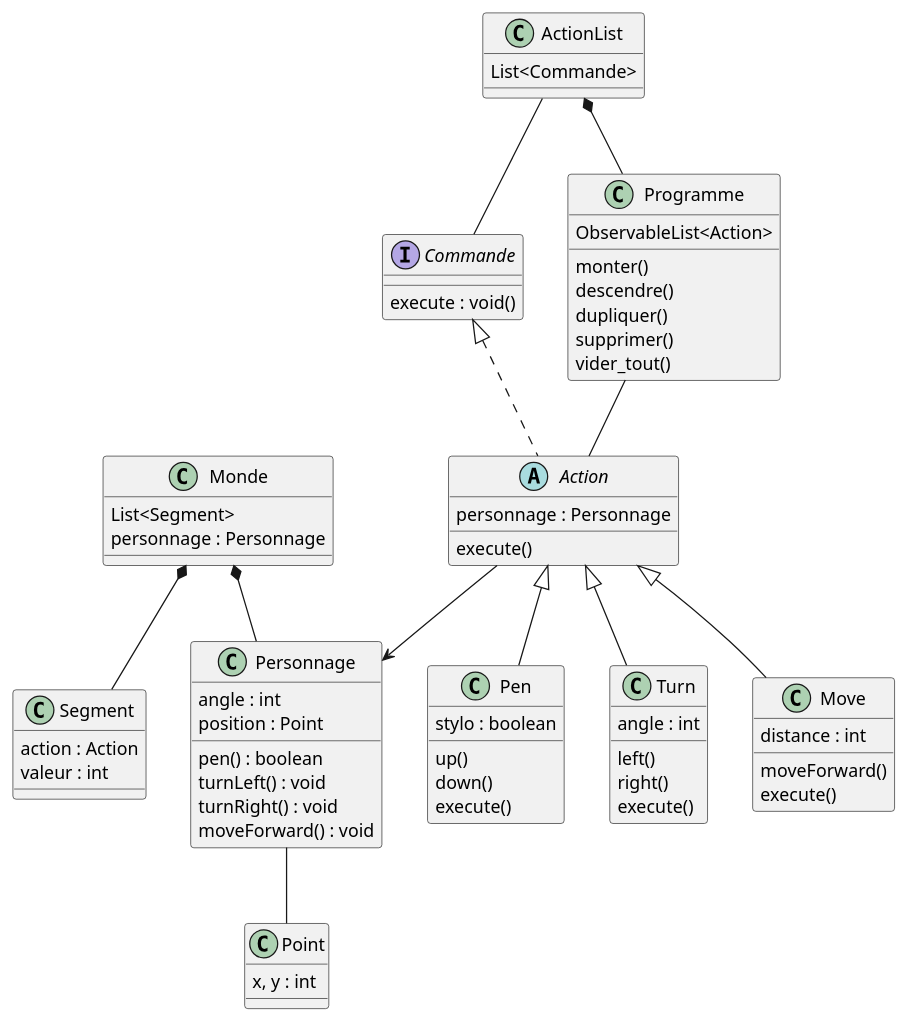
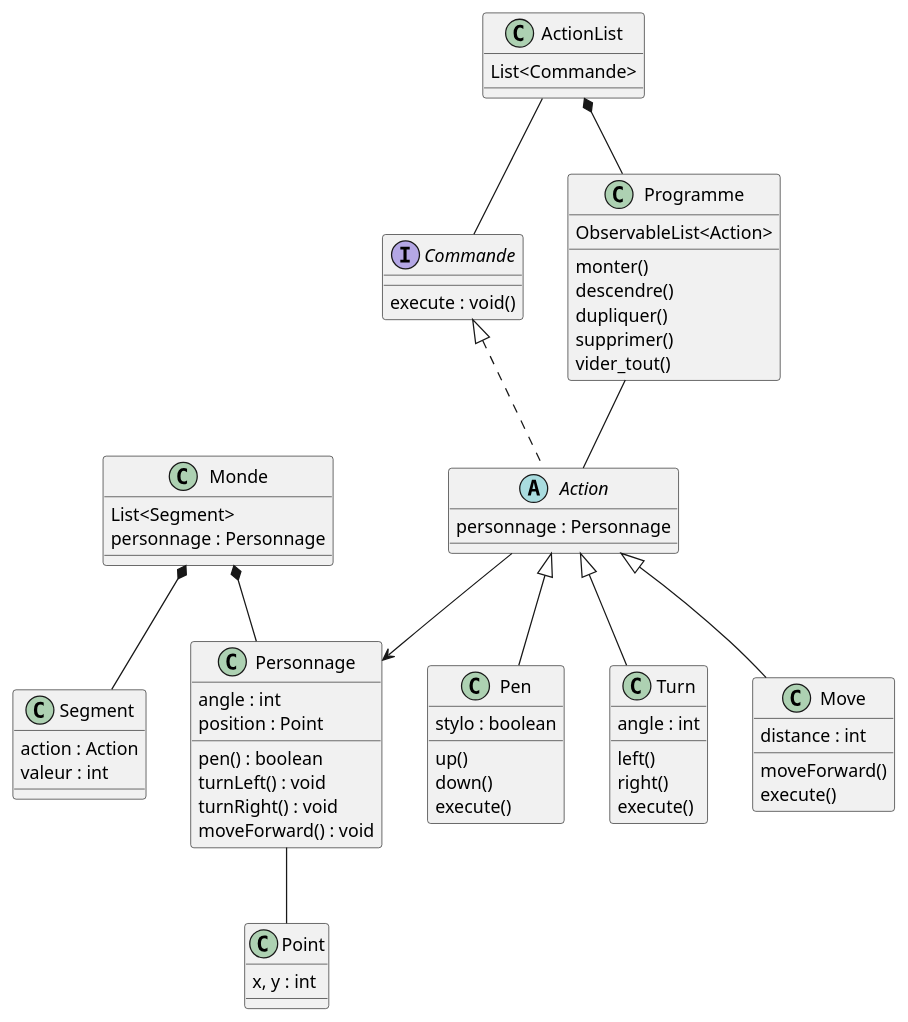
One commit to cihanaslan12/Scratch-JavaFX changed the diagram in src/main/java/Action.puml. Above: the diagram before and after it, drawn with PlantUML. The commit also changed 11 other files, not shown here.

```diff
--- a/src/main/java/Action.puml
+++ b/src/main/java/Action.puml
@@ -1,104 +1,104 @@
 @startuml
 'https://plantuml.com/class-diagram
 
 abstract class Action {
 
     personnage : Personnage
-   execute()
+
 
 }
 
 Commande <|.. Action
 class Pen {
 
     stylo : boolean
     up()
     down()
     execute()
 }
 
 Action --> Personnage
 class Turn {
 
     angle : int
     left()
     right()
     execute()
 }
 
 class Move {
 
     distance : int
     moveForward()
     execute()
 
 
 }
 Action <|-- Move
 Action <|-- Pen
 Action <|-- Turn
 
 
 class Programme{
 
 ObservableList<Action>
 
 monter()
 descendre()
 dupliquer()
 supprimer()
 vider_tout()
 
 }
 
 ActionList -- Commande
 Programme -- Action
 ActionList *-- Programme
 
 
 interface Commande {
 
 execute : void()
 
 }
 
 class ActionList {
 
     List<Commande>
 
 }
 
 class Monde {
 
     List<Segment>
     personnage : Personnage
 
 }
 Monde *-- Segment
 Monde *-- Personnage
 
 Personnage -- Point
 
 class Personnage {
     angle : int
     position : Point
 
     pen() : boolean
     turnLeft() : void
     turnRight() : void
     moveForward() : void
 }
 
 class Point {
 
     x, y : int
 
 }
 class Segment {
 
     action : Action
     valeur : int
 
 }
 
 @enduml
```
